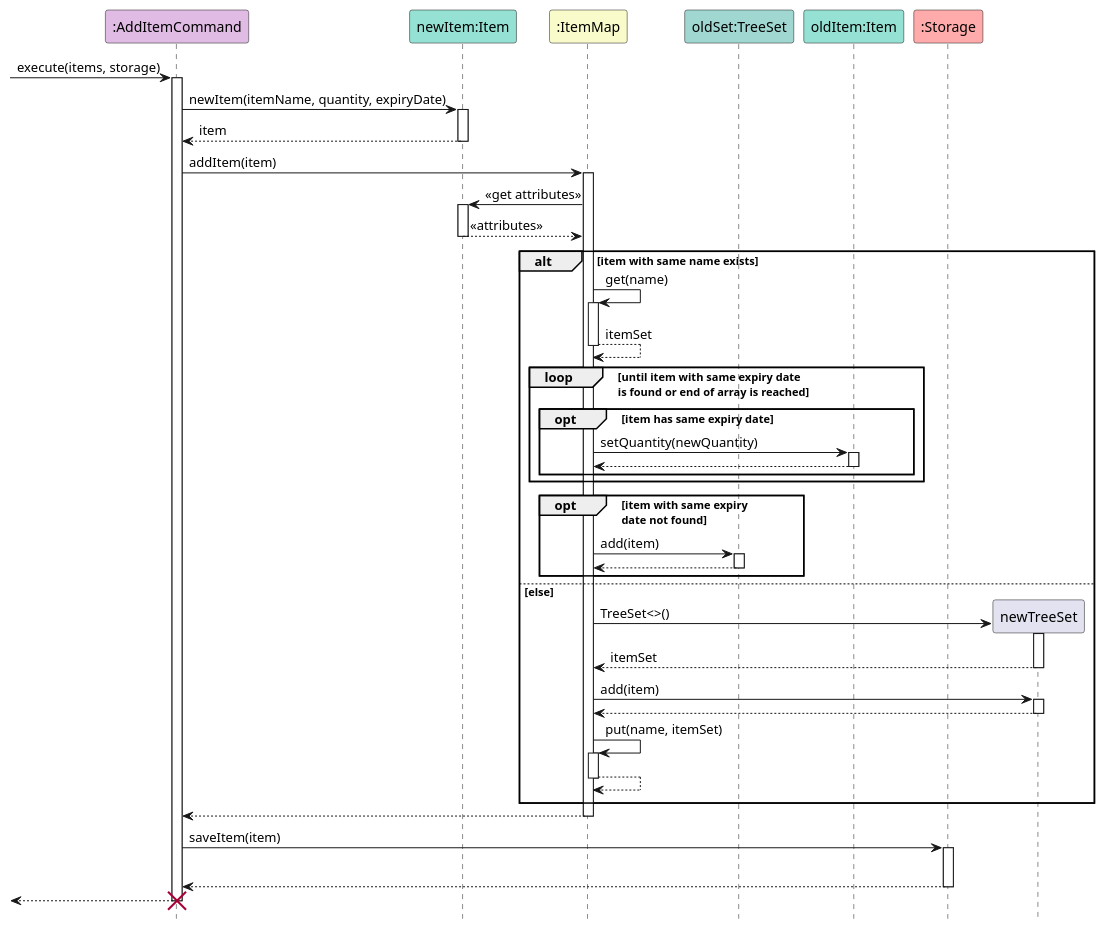
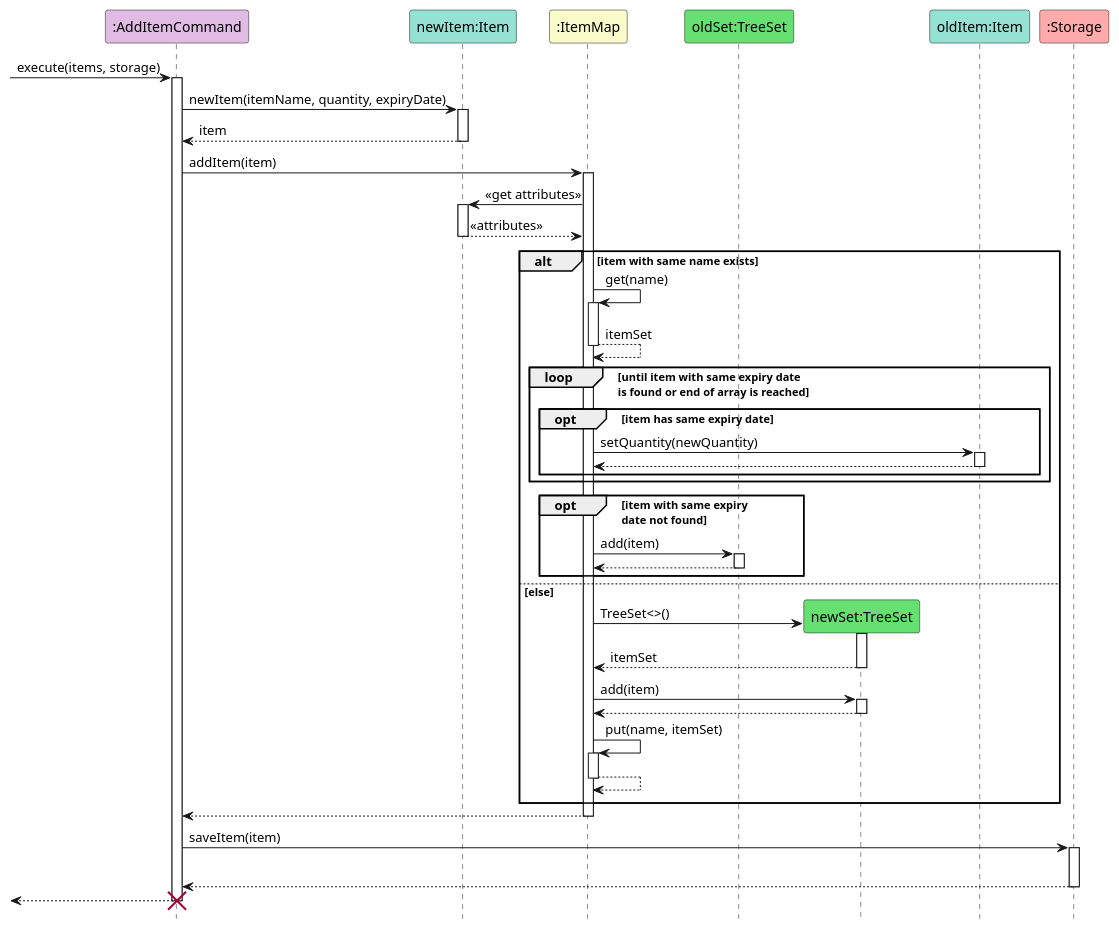
Before and after one commit to yijiano/tp: the diagram in docs/diagrams/AddItemCommand-SequenceDiagram.puml, drawn with PlantUML. The commit also changed 1 other file, not shown here.

```diff
--- a/docs/diagrams/AddItemCommand-SequenceDiagram.puml
+++ b/docs/diagrams/AddItemCommand-SequenceDiagram.puml
@@ -1,79 +1,80 @@
 @startuml
 
 hide footbox
 skinparam sequenceReferenceBackgroundColor #f7807c
 
 participant ":AddItemCommand" as AddItemCommand #E0BBE4
 participant "newItem:Item" as newItem #95E1D3
 participant ":ItemMap" as ItemMap #F9FBCB
-participant "oldSet:TreeSet" as oldTreeSet #A0D8D1
+participant "oldSet:TreeSet" as oldTreeSet #67E072
+participant "newSet:TreeSet" as newTreeSet #67E072
 participant "oldItem:Item" as oldItem #95E1D3
 participant ":Storage" as Storage #FFABAB
 
 -> AddItemCommand : execute(items, storage)
 activate AddItemCommand
 
 AddItemCommand -> newItem : newItem(itemName, quantity, expiryDate)
 activate newItem
 return item
 deactivate newItem
 
 AddItemCommand -> ItemMap : addItem(item)
 activate ItemMap
 
 ItemMap -> newItem : <<get attributes>>
 activate newItem
 return <<attributes>>
 deactivate newItem
 
 alt item with same name exists
     ItemMap -> ItemMap : get(name)
     activate ItemMap
     return itemSet
 
     loop until item with same expiry date \nis found or end of array is reached
         opt item has same expiry date
             ItemMap -> oldItem : setQuantity(newQuantity)
             activate oldItem
             return
             deactivate oldItem
         end
     end
 
     opt item with same expiry \ndate not found
         ItemMap -> oldTreeSet : add(item)
         activate oldTreeSet
         return
         deactivate oldTreeSet
     end
 
 
 else else
     ItemMap -> newTreeSet ** : TreeSet<>()
     activate newTreeSet
     return itemSet
     deactivate newTreeSet
     ItemMap -> newTreeSet : add(item)
     activate newTreeSet
     return
     deactivate newTreeSet
     ItemMap -> ItemMap : put(name, itemSet)
     activate ItemMap
     return
     ||10||
 end
 
 ItemMap --> AddItemCommand
 deactivate ItemMap
 
 AddItemCommand -> Storage : saveItem(item)
 activate Storage
 ||||||
 return
 deactivate Storage
 
 <-- AddItemCommand
 deactivate AddItemCommand
 destroy AddItemCommand
 
 @enduml
```
